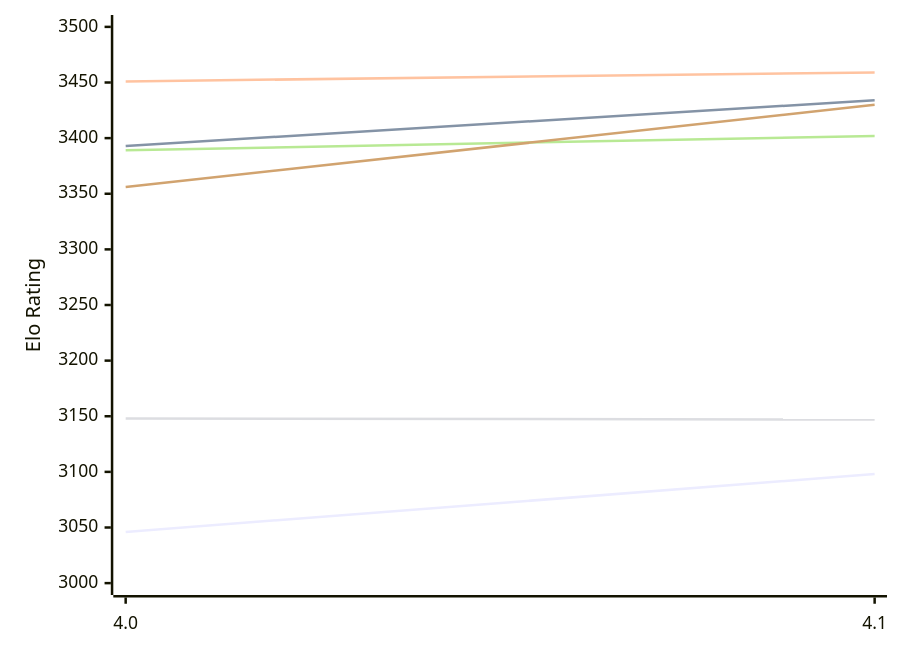
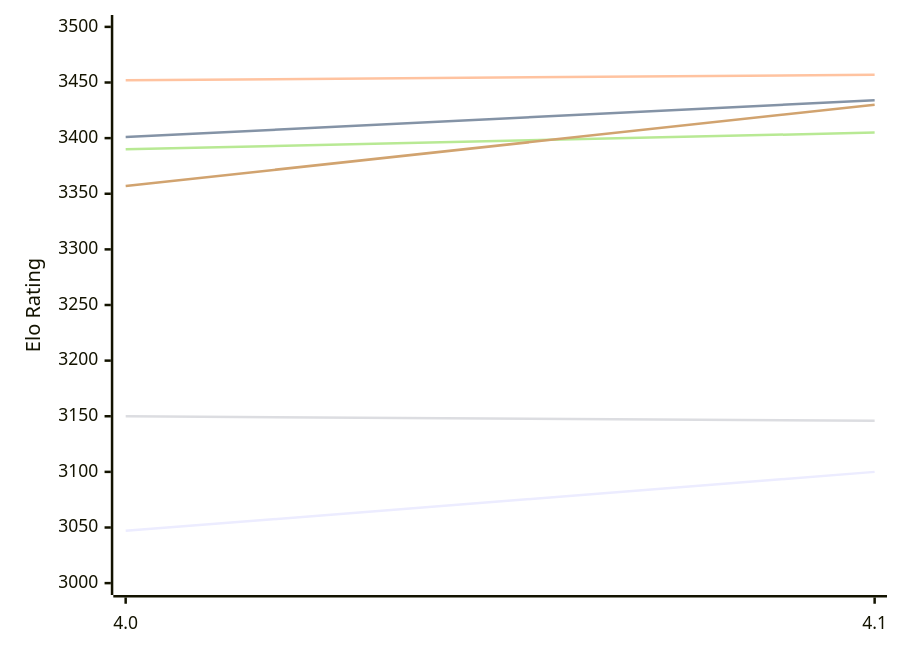
One commit to computer-chess-index/cci changed the first of 2 diagrams in engines/Eleanor.md. Above: the diagram before and after it, drawn with Mermaid. The commit also changed other lines of this file, not shown here.

Commit message:
Update CCI Ratings (ELO VLTC) - 2026-11-27

````diff
--- a/engines/Eleanor.md
+++ b/engines/Eleanor.md
@@ -51,12 +51,12 @@
 ```mermaid
 %%{init: {"theme":"base","themeVariables":{"seriesColors:['#a3a3a3','#222221','#faa371']}}}%%
 xychart-beta
   x-axis ["4.0", "4.1"]
   y-axis "Elo Rating" 3000 --> 3500
-  line "E1: STC (8.0+0.08s)" [3046, 3098]
-  line "E1: LTC (60.0+0.60s)" [3393, 3434]
-  line "E1: VLTC (2m24s+1.12s)" [3451, 3459]
-  line "P1: STC (8.0+0.08s)" [3148, 3147]
-  line "P1: LTC (60.0+0.60s)" [3389, 3402]
-  line "P1: VLTC (2m24s+1.12s)" [3356, 3430]
+  line "E1: STC (8.0+0.08s)" [3047, 3100]
+  line "E1: LTC (60.0+0.60s)" [3401, 3434]
+  line "E1: VLTC (2m24s+1.12s)" [3452, 3457]
+  line "P1: STC (8.0+0.08s)" [3150, 3146]
+  line "P1: LTC (60.0+0.60s)" [3390, 3405]
+  line "P1: VLTC (2m24s+1.12s)" [3357, 3430]
 ```
````
